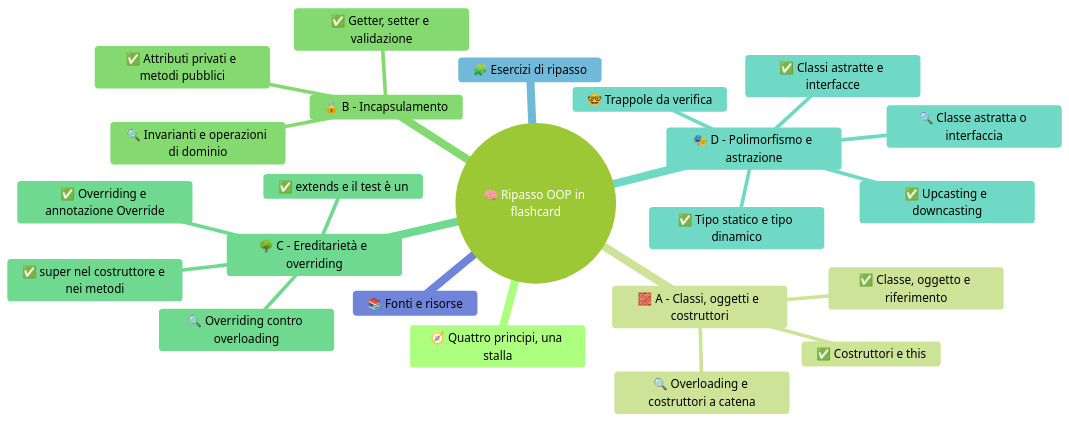
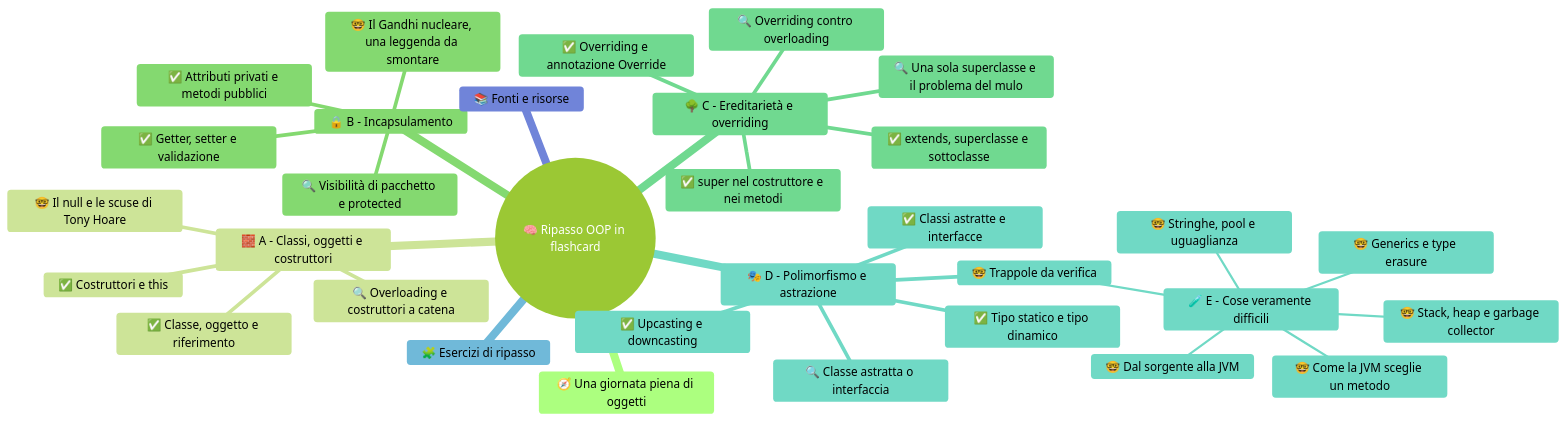
The diagram in 4CI - Informatica/1 SETT-OTT/(STU) 4CI sett-ott S7 - Ripasso in flashcard.md (Neeqstock/dispense-caramuel), drawn with Mermaid (forest theme) before and after one commit. The commit also changed other lines of this file and 45 other files, not shown here.

````diff
--- a/4CI - Informatica/1 SETT-OTT/(STU) 4CI sett-ott S7 - Ripasso in flashcard.md
+++ b/4CI - Informatica/1 SETT-OTT/(STU) 4CI sett-ott S7 - Ripasso in flashcard.md
@@ -7,26 +7,35 @@
 ```mermaid
 mindmap
   root((🧠 Ripasso OOP in flashcard))
-    🧭 Quattro principi, una stalla
+    🧭 Una giornata piena di oggetti
     🧱 A - Classi, oggetti e costruttori
       ✅ Classe, oggetto e riferimento
       ✅ Costruttori e this
       🔍 Overloading e costruttori a catena
+      🤓 Il null e le scuse di Tony Hoare
     🔒 B - Incapsulamento
       ✅ Attributi privati e metodi pubblici
       ✅ Getter, setter e validazione
-      🔍 Invarianti e operazioni di dominio
+      🔍 Visibilità di pacchetto e protected
+      🤓 Il Gandhi nucleare, una leggenda da smontare
     🌳 C - Ereditarietà e overriding
-      ✅ extends e il test è un
+      ✅ extends, superclasse e sottoclasse
       ✅ super nel costruttore e nei metodi
       ✅ Overriding e annotazione Override
+      🔍 Una sola superclasse e il problema del mulo
       🔍 Overriding contro overloading
     🎭 D - Polimorfismo e astrazione
       ✅ Tipo statico e tipo dinamico
       ✅ Upcasting e downcasting
       ✅ Classi astratte e interfacce
       🔍 Classe astratta o interfaccia
       🤓 Trappole da verifica
+        🧪 E - Cose veramente difficili
+            🤓 Dal sorgente alla JVM
+            🤓 Stack, heap e garbage collector
+            🤓 Come la JVM sceglie un metodo
+            🤓 Stringhe, pool e uguaglianza
+            🤓 Generics e type erasure
     🧩 Esercizi di ripasso
     📚 Fonti e risorse
 ```
````
